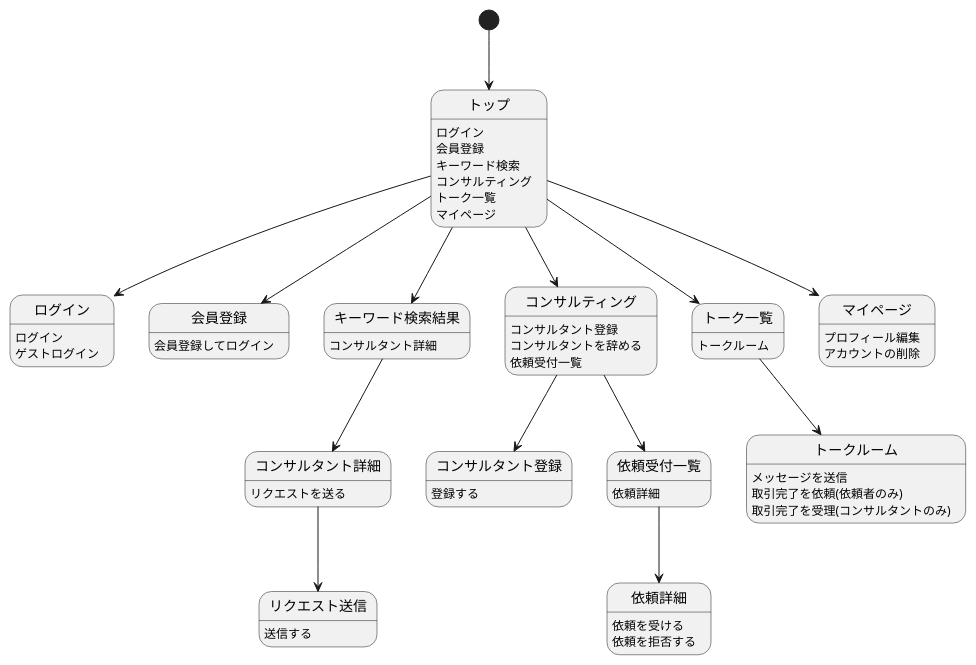
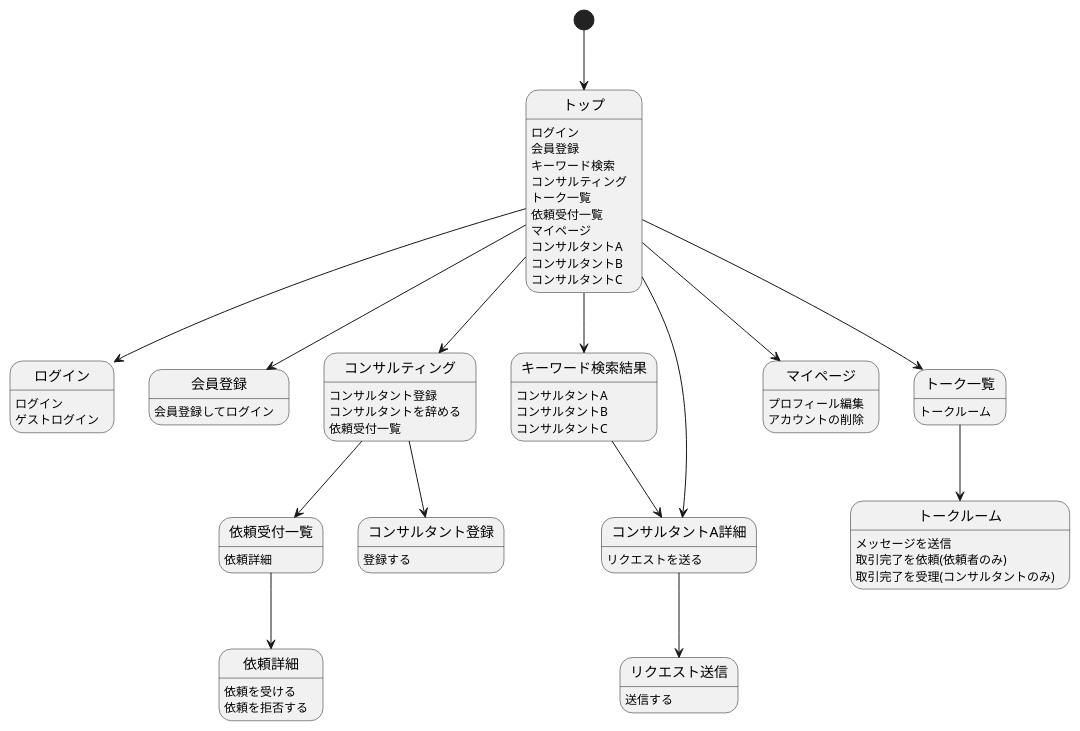
The diagram in documents/screen_flow_diagram.pu (nobukofu69/origin-idea), drawn with PlantUML before and after one commit. The commit also changed 1 other file, not shown here.

Commit message:
screen_flow_diagramを修正

```diff
--- a/documents/screen_flow_diagram.pu
+++ b/documents/screen_flow_diagram.pu
@@ -1,57 +1,64 @@
 @startuml
 
 [*] --> トップ
 トップ : ログイン
 トップ : 会員登録
 トップ : キーワード検索
 トップ : コンサルティング
 トップ : トーク一覧
+トップ : 依頼受付一覧
 トップ : マイページ
+トップ : コンサルタントA
+トップ : コンサルタントB
+トップ : コンサルタントC
 トップ --> ログイン
 トップ --> 会員登録
 トップ --> キーワード検索結果
 トップ --> コンサルティング
 トップ --> トーク一覧
 トップ --> マイページ
+トップ --> コンサルタントA詳細
 
 ログイン : ログイン
 ログイン : ゲストログイン
 
 会員登録 : 会員登録してログイン
 
-キーワード検索結果: コンサルタント詳細
-キーワード検索結果 --> コンサルタント詳細
+キーワード検索結果: コンサルタントA
+キーワード検索結果: コンサルタントB
+キーワード検索結果: コンサルタントC
+キーワード検索結果 --> コンサルタントA詳細
 
-コンサルタント詳細 : リクエストを送る
-コンサルタント詳細 --> リクエスト送信
+コンサルタントA詳細 : リクエストを送る
+コンサルタントA詳細 --> リクエスト送信
 
 リクエスト送信 : 送信する
 
 コンサルティング : コンサルタント登録
 コンサルティング : コンサルタントを辞める
 コンサルティング : 依頼受付一覧
 コンサルティング --> コンサルタント登録
 コンサルティング --> 依頼受付一覧
 
 コンサルタント登録 : 登録する 
 
 トーク一覧 :トークルーム
 トーク一覧 --> トークルーム
 
 トークルーム : メッセージを送信
 トークルーム : 取引完了を依頼(依頼者のみ)
 トークルーム : 取引完了を受理(コンサルタントのみ)
 
 依頼受付一覧 : 依頼詳細
 依頼受付一覧 --> 依頼詳細
 
 依頼詳細 : 依頼を受ける
 依頼詳細 : 依頼を拒否する
 
 
 マイページ : プロフィール編集
 マイページ : アカウントの削除
 
 
 
 @enduml
```
